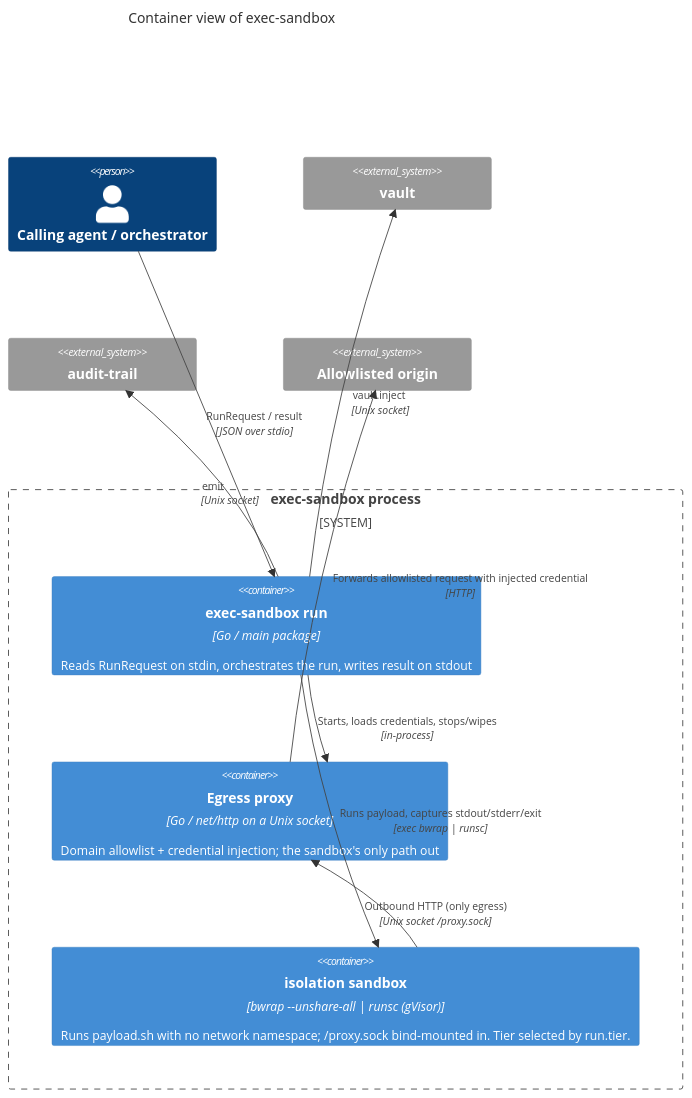
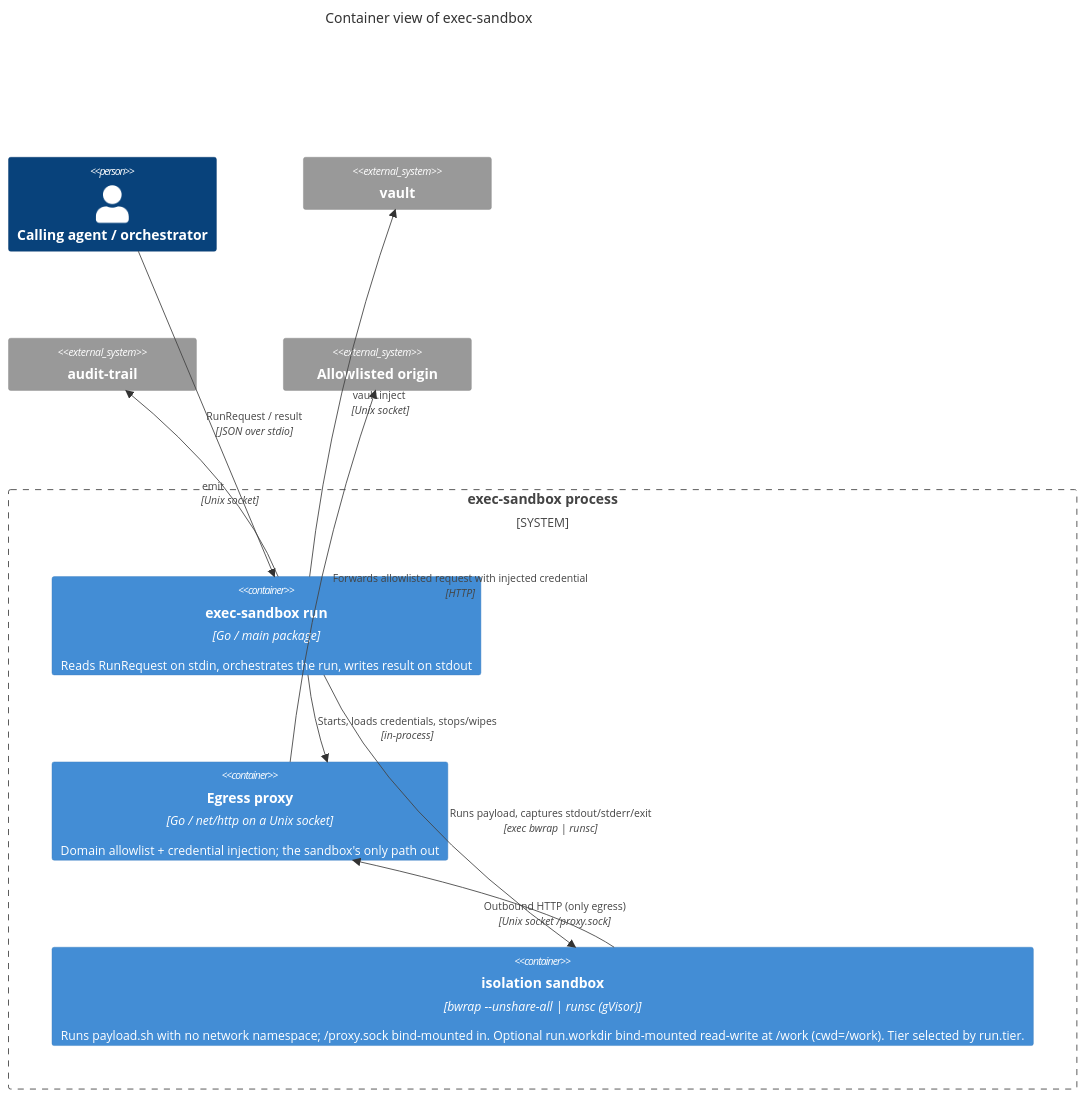
The second of 4 diagrams in docs/architecture/diagrams.md (tkdtaylor/exec-sandbox), drawn with Mermaid before and after one commit. The commit also changed other lines of this file and 12 other files, not shown here.

Commit message:
feat: complete task 003 — writable working-directory mount (/work, rw, cwd=/work)

````diff
--- a/docs/architecture/diagrams.md
+++ b/docs/architecture/diagrams.md
@@ -40,24 +40,24 @@
 ```mermaid
 C4Container
     title Container view of exec-sandbox
 
     Person(agent, "Calling agent / orchestrator")
 
     System_Boundary(boundary, "exec-sandbox process") {
         Container(cli, "exec-sandbox run", "Go / main package", "Reads RunRequest on stdin, orchestrates the run, writes result on stdout")
         Container(proxy, "Egress proxy", "Go / net/http on a Unix socket", "Domain allowlist + credential injection; the sandbox's only path out")
-        Container(sandbox, "isolation sandbox", "bwrap --unshare-all | runsc (gVisor)", "Runs payload.sh with no network namespace; /proxy.sock bind-mounted in. Tier selected by run.tier.")
+        Container(sandbox, "isolation sandbox", "bwrap --unshare-all | runsc (gVisor)", "Runs payload.sh with no network namespace; /proxy.sock bind-mounted in. Optional run.workdir bind-mounted read-write at /work (cwd=/work). Tier selected by run.tier.")
     }
 
     System_Ext(vault, "vault")
     System_Ext(audit, "audit-trail")
     System_Ext(origin, "Allowlisted origin")
 
     Rel(agent, cli, "RunRequest / result", "JSON over stdio")
     Rel(cli, vault, "vault.inject", "Unix socket")
     Rel(cli, audit, "emit", "Unix socket")
     Rel(cli, proxy, "Starts, loads credentials, stops/wipes", "in-process")
     Rel(cli, sandbox, "Runs payload, captures stdout/stderr/exit", "exec bwrap | runsc")
     Rel(sandbox, proxy, "Outbound HTTP (only egress)", "Unix socket /proxy.sock")
     Rel(proxy, origin, "Forwards allowlisted request with injected credential", "HTTP")
 ```
````
